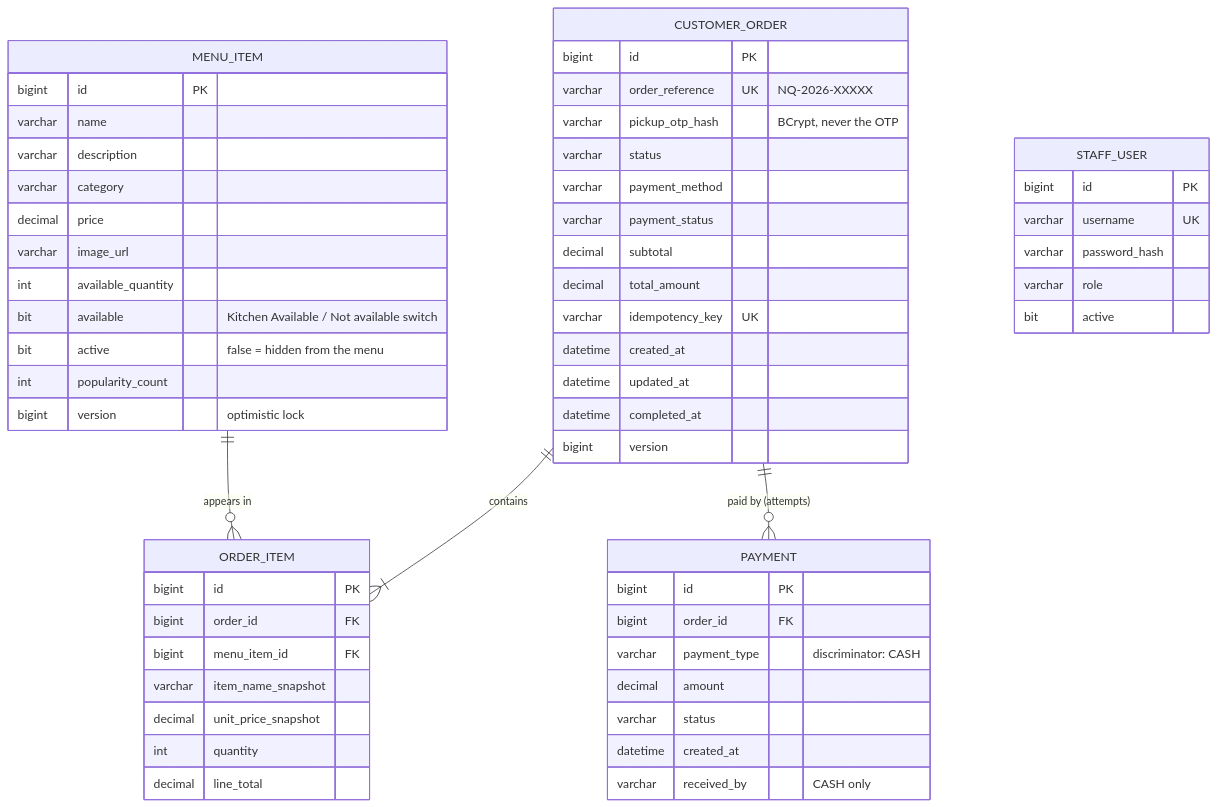
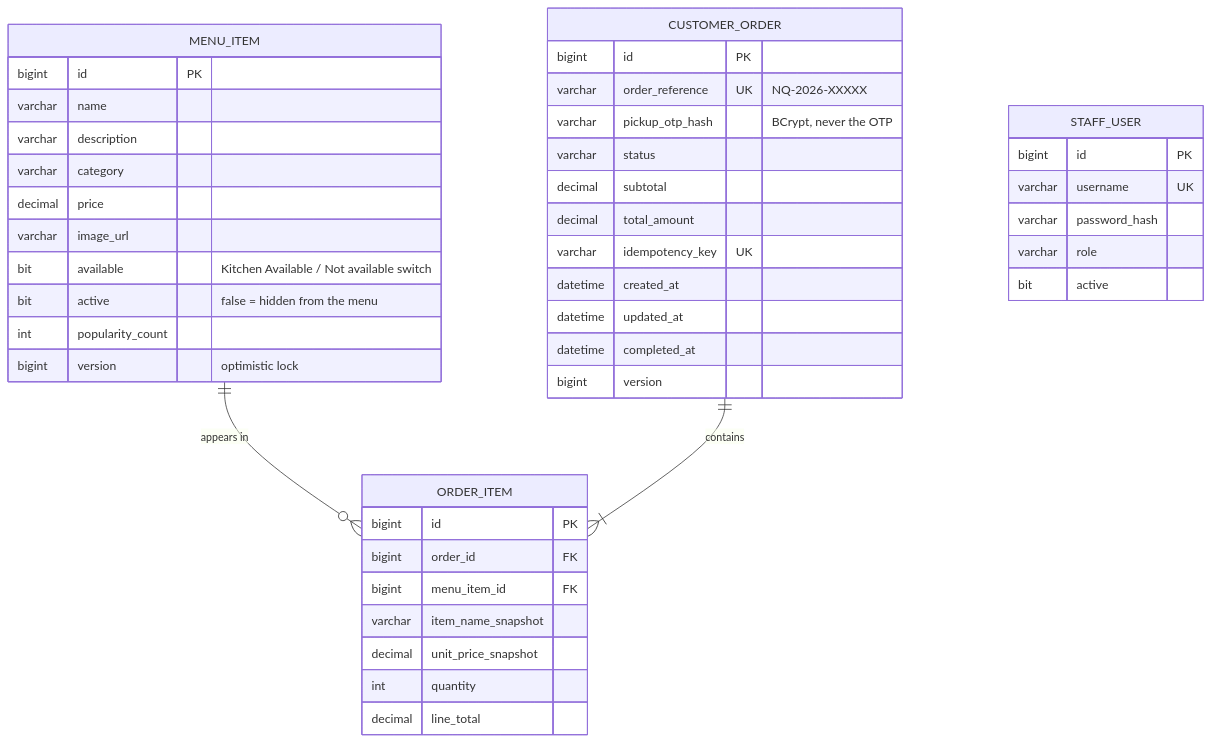
One commit to Arun-N-M-07/NoQ changed the second of 6 diagrams in docs/ARCHITECTURE.md. Above: the diagram before and after it, drawn with Mermaid. The commit also changed other lines of this file and 45 other files, not shown here.

````diff
--- a/docs/ARCHITECTURE.md
+++ b/docs/ARCHITECTURE.md
@@ -93,60 +91,47 @@
 ```mermaid
 erDiagram
     MENU_ITEM ||--o{ ORDER_ITEM : "appears in"
     CUSTOMER_ORDER ||--|{ ORDER_ITEM : "contains"
-    CUSTOMER_ORDER ||--o{ PAYMENT : "paid by (attempts)"
 
     MENU_ITEM {
         bigint id PK
         varchar name
         varchar description
         varchar category
         decimal price
         varchar image_url
-        int available_quantity
         bit available "Kitchen Available / Not available switch"
         bit active "false = hidden from the menu"
         int popularity_count
         bigint version "optimistic lock"
     }
     CUSTOMER_ORDER {
         bigint id PK
         varchar order_reference UK "NQ-2026-XXXXX"
         varchar pickup_otp_hash "BCrypt, never the OTP"
         varchar status
-        varchar payment_method
-        varchar payment_status
         decimal subtotal
         decimal total_amount
         varchar idempotency_key UK
         datetime created_at
         datetime updated_at
         datetime completed_at
         bigint version
     }
     ORDER_ITEM {
         bigint id PK
         bigint order_id FK
         bigint menu_item_id FK
         varchar item_name_snapshot
         decimal unit_price_snapshot
         int quantity
         decimal line_total
     }
-    PAYMENT {
-        bigint id PK
-        bigint order_id FK
-        varchar payment_type "discriminator: CASH"
-        decimal amount
-        varchar status
-        datetime created_at
-        varchar received_by "CASH only"
-    }
     STAFF_USER {
         bigint id PK
         varchar username UK
         varchar password_hash
         varchar role
         bit active
     }
 ```
````
